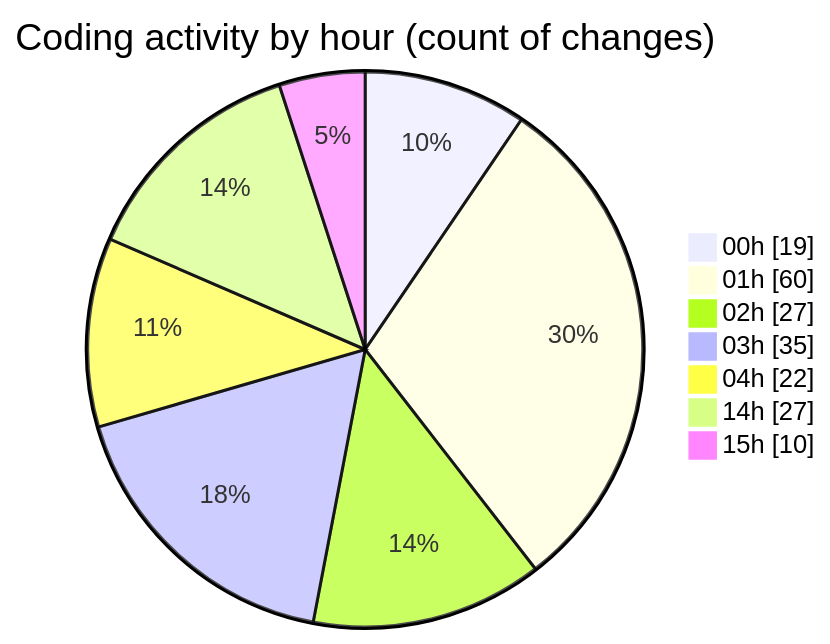
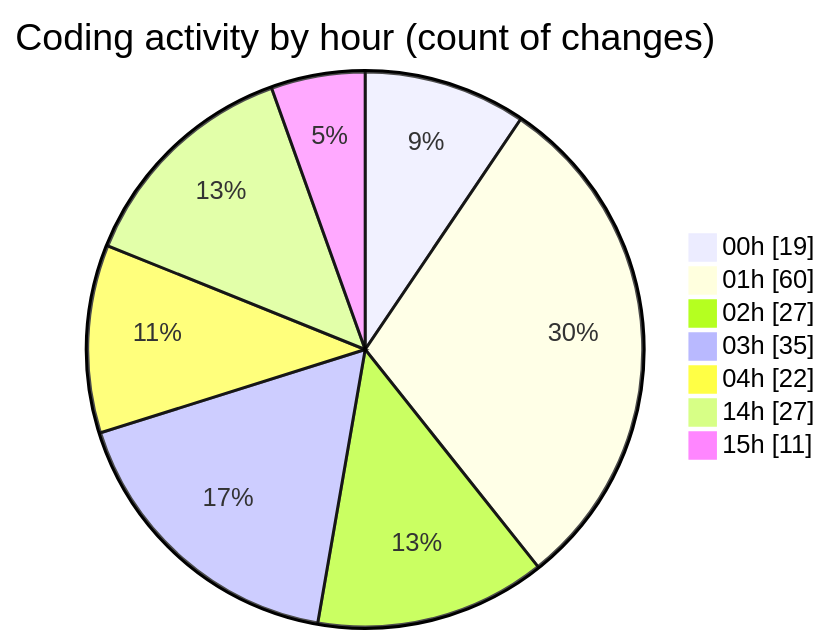
One commit to lephambinh05/code-tracking changed the second of 2 diagrams in 2025-07-25/quanlyrapchieuphim-1/README.md. Above: the diagram before and after it, drawn with Mermaid. The commit also changed other lines of this file and 1 other file, not shown here.

````diff
--- a/2025-07-25/quanlyrapchieuphim-1/README.md
+++ b/2025-07-25/quanlyrapchieuphim-1/README.md
@@ -36,11 +36,11 @@
 ```mermaid
 pie showData
 title Coding activity by hour (count of changes)
 "00h" : 19
 "01h" : 60
 "02h" : 27
 "03h" : 35
 "04h" : 22
 "14h" : 27
-"15h" : 10
+"15h" : 11
 ```
````
